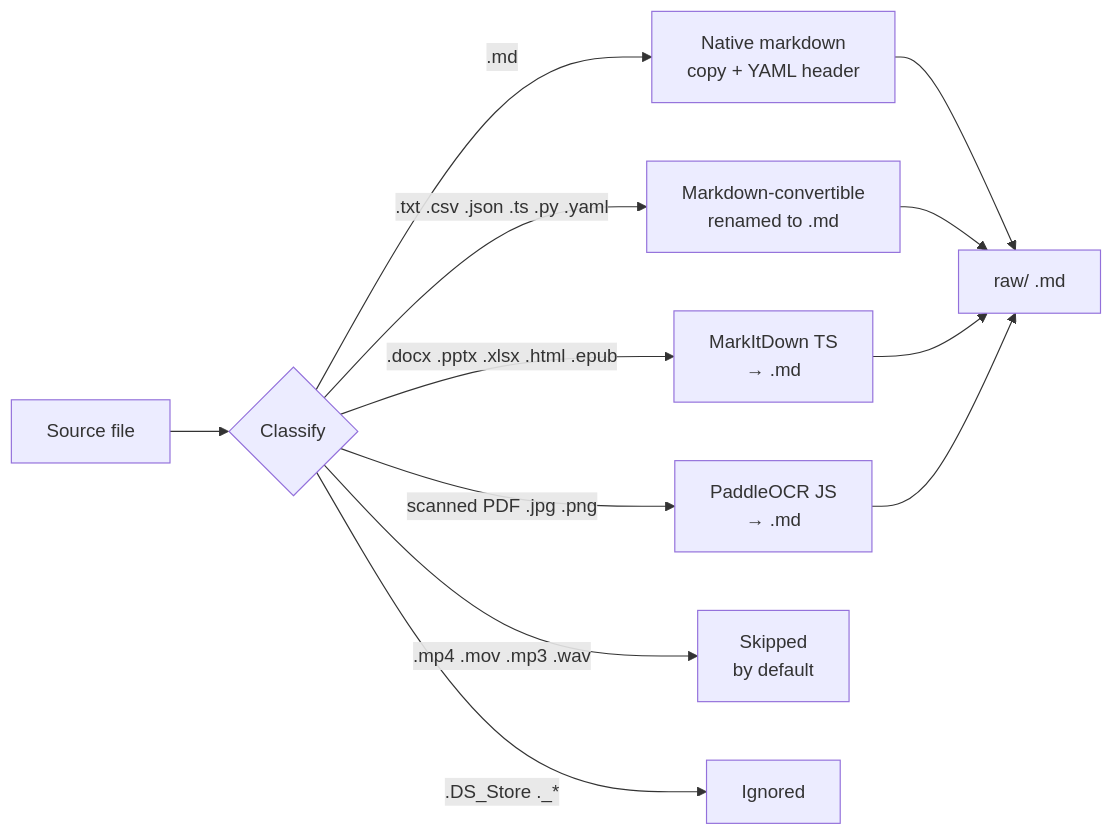
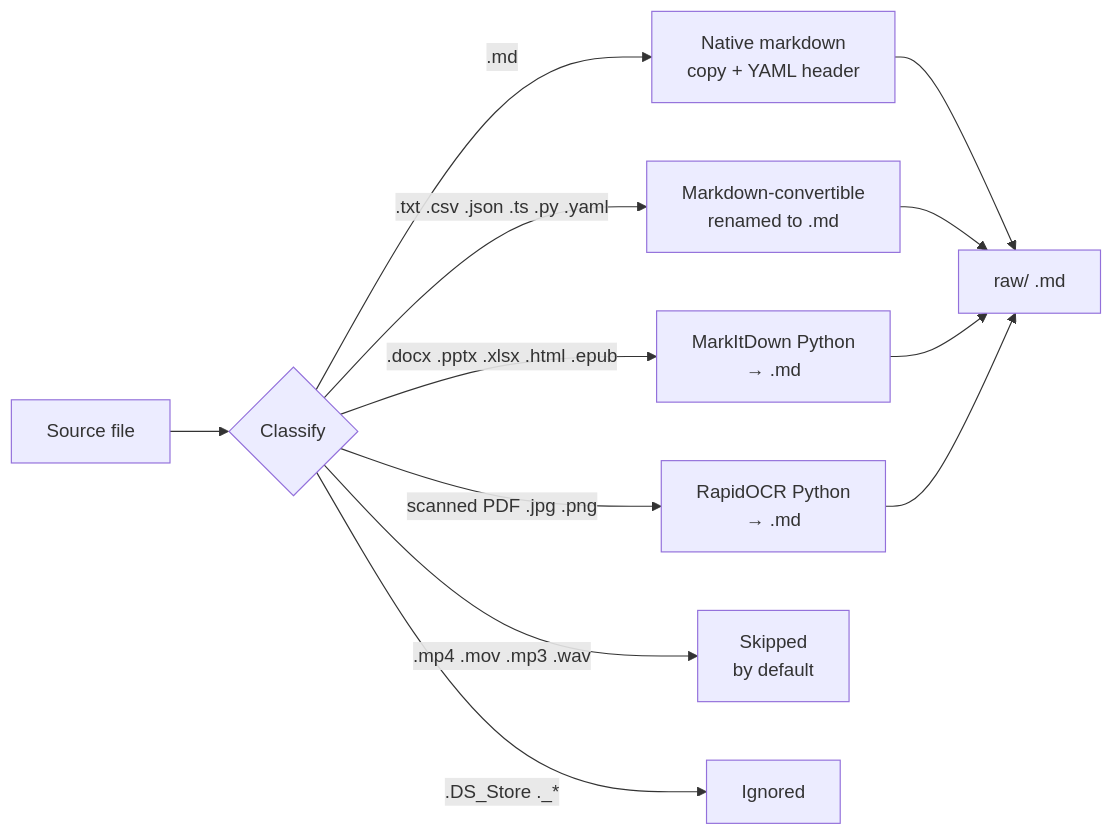
The seventh of 9 diagrams in docs/diagrams.md (TommasoPrinetti/spinosa), drawn with Mermaid before and after one commit. The commit also changed other lines of this file and 3 other files, not shown here.

````diff
--- a/docs/diagrams.md
+++ b/docs/diagrams.md
@@ -243,12 +243,12 @@
 ```mermaid
 flowchart LR
     SRC[Source file] --> CLASS{Classify}
     CLASS -->|.md| NATIVE[Native markdown\ncopy + YAML header]
     CLASS -->|.txt .csv .json .ts .py .yaml| MD_CONV[Markdown-convertible\nrenamed to .md]
-    CLASS -->|.docx .pptx .xlsx .html .epub| MKD2[MarkItDown TS\n→ .md]
-    CLASS -->|scanned PDF .jpg .png| OCR2[PaddleOCR JS\n→ .md]
+    CLASS -->|.docx .pptx .xlsx .html .epub| MKD2[MarkItDown Python\n→ .md]
+    CLASS -->|scanned PDF .jpg .png| OCR2[RapidOCR Python\n→ .md]
     CLASS -->|.mp4 .mov .mp3 .wav| SKIP2[Skipped\nby default]
     CLASS -->|.DS_Store ._*| IGNORE[Ignored]
 
     NATIVE & MD_CONV & MKD2 & OCR2 --> RAW3[raw/ .md]
 ```
````
